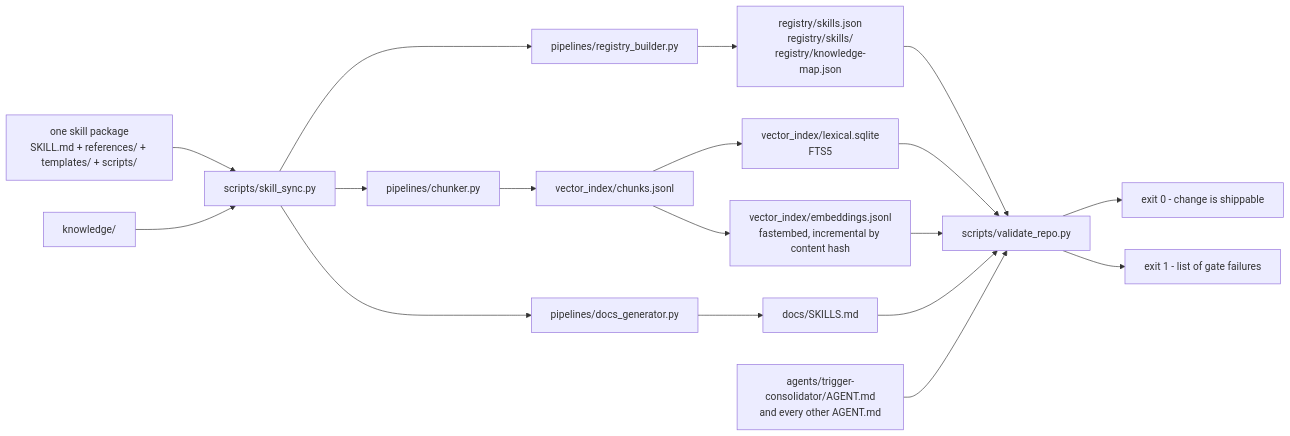
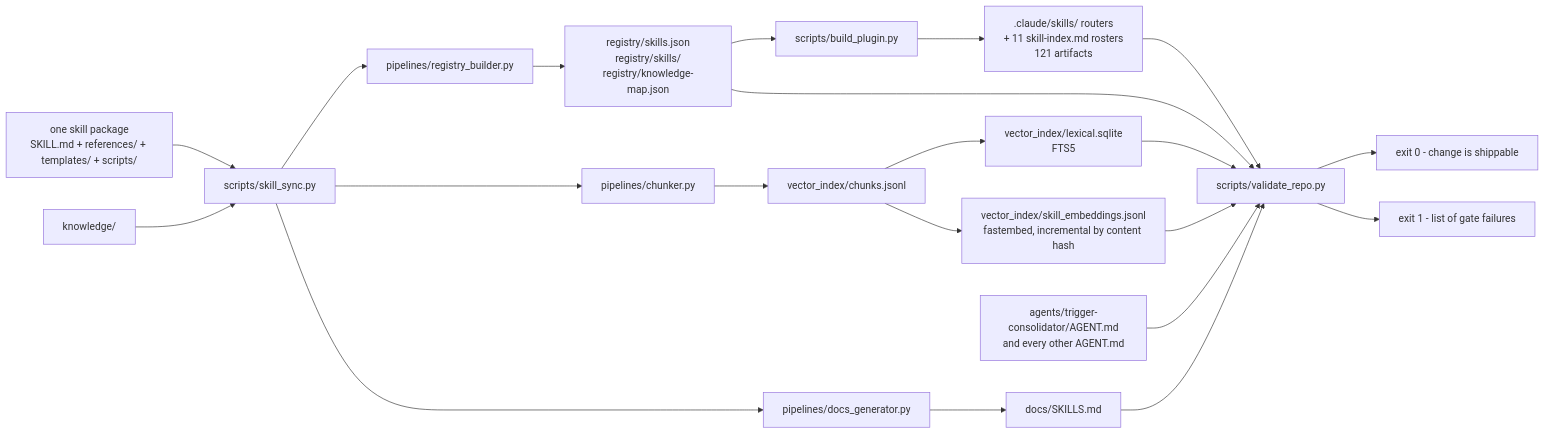
Before and after one commit to PranavNagrecha/AwesomeSalesforceSkills: the third of 3 diagrams in docs/architecture.md, drawn with Mermaid. The commit also changed other lines of this file and 723 other files, not shown here.

````diff
--- a/docs/architecture.md
+++ b/docs/architecture.md
@@ -186,24 +442,28 @@
 ```mermaid
 flowchart LR
     A["one skill package<br/>SKILL.md + references/ + templates/ + scripts/"] --> SY["scripts/skill_sync.py"]
     K["knowledge/"] --> SY
 
     SY --> RB["pipelines/registry_builder.py"]
     SY --> CH["pipelines/chunker.py"]
     SY --> DG["pipelines/docs_generator.py"]
 
     RB --> REG["registry/skills.json<br/>registry/skills/<br/>registry/knowledge-map.json"]
     CH --> CJ["vector_index/chunks.jsonl"]
     CJ --> LX["vector_index/lexical.sqlite<br/>FTS5"]
-    CJ --> EM["vector_index/embeddings.jsonl<br/>fastembed, incremental by content hash"]
+    CJ --> EM["vector_index/skill_embeddings.jsonl<br/>fastembed, incremental by content hash"]
     DG --> DOC["docs/SKILLS.md"]
+
+    REG --> BP["scripts/build_plugin.py"]
+    BP --> RTRS[".claude/skills/ routers<br/>+ 11 skill-index.md rosters<br/>121 artifacts"]
 
     REG --> V["scripts/validate_repo.py"]
     LX --> V
     EM --> V
     DOC --> V
+    RTRS --> V
     AG["agents/trigger-consolidator/AGENT.md<br/>and every other AGENT.md"] --> V
 
     V --> OK["exit 0 - change is shippable"]
     V --> ERR["exit 1 - list of gate failures"]
 ```
````
